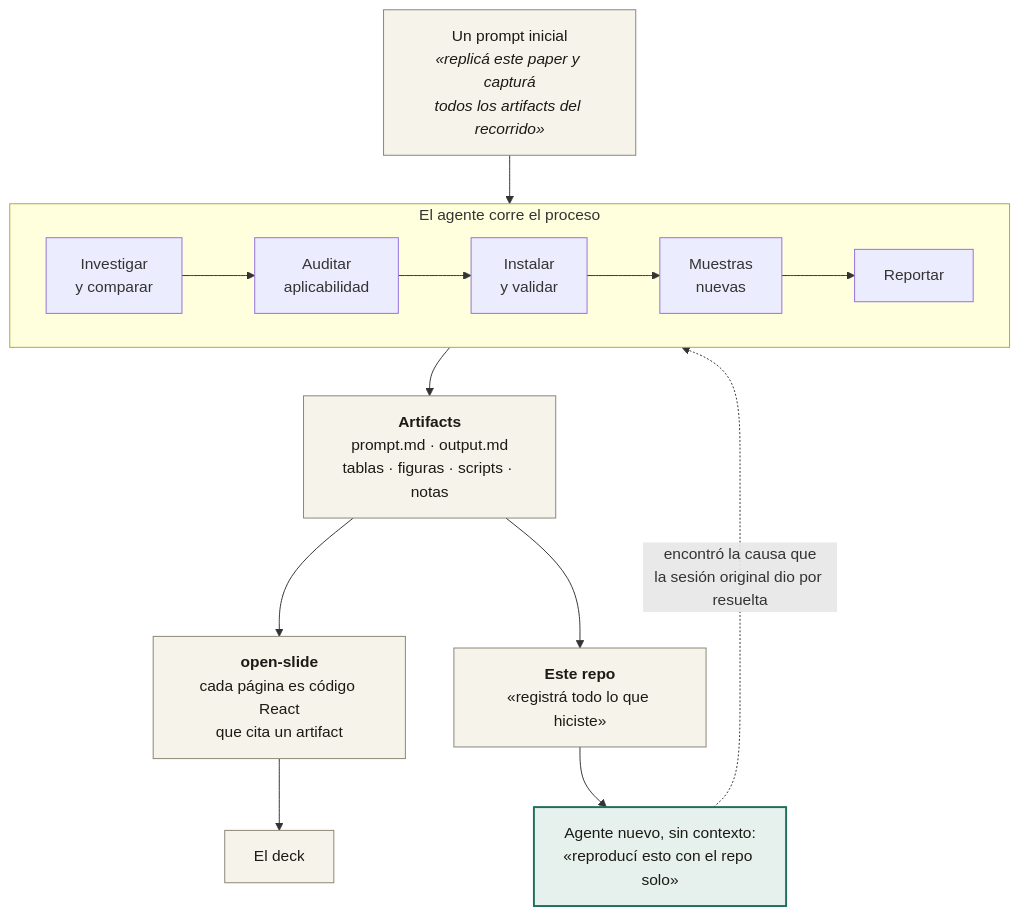
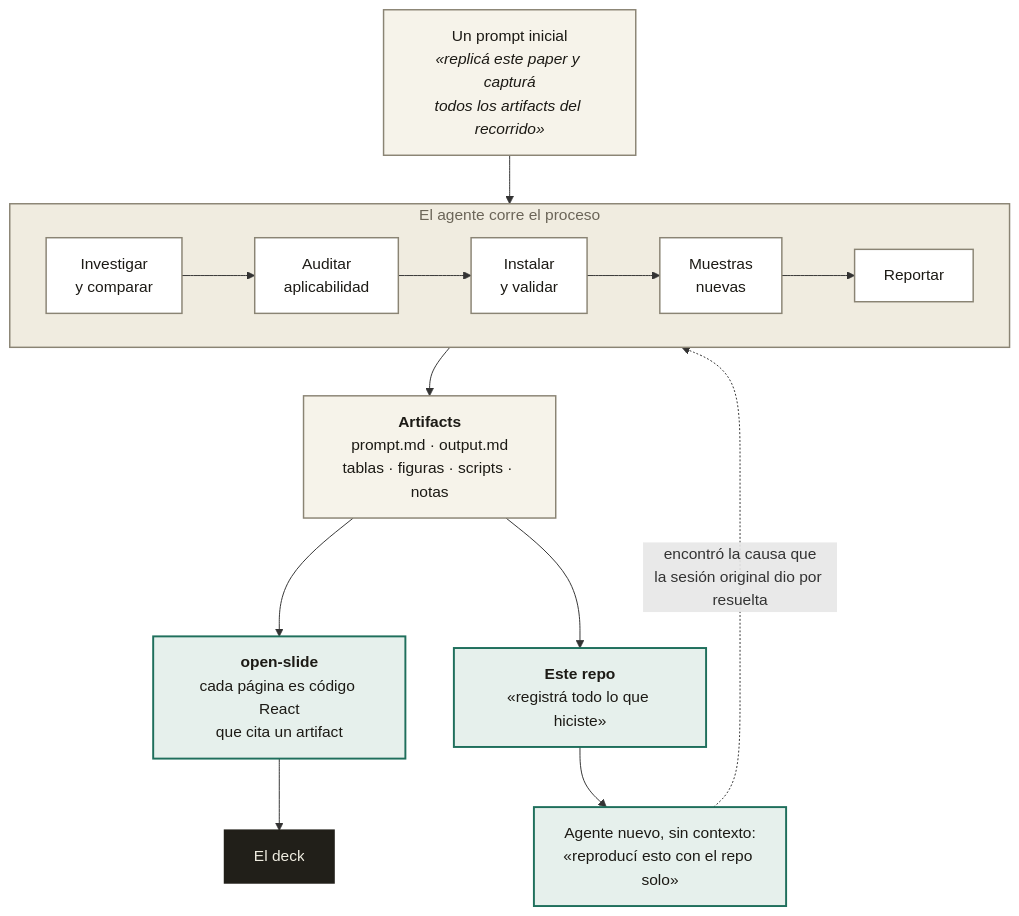
One commit to mauroibz/charla-ia-replicacion changed the diagram in README.md. Above: the diagram before and after it, drawn with Mermaid.

Commit message:
Alinea la paleta del diagrama con la del deck

````diff
--- a/README.md
+++ b/README.md
@@ -75,27 +75,34 @@
 ```mermaid
 flowchart TD
     P["Un prompt inicial<br/><i>«replicá este paper y capturá<br/>todos los artifacts del recorrido»</i>"]
 
     subgraph AG ["El agente corre el proceso"]
         direction LR
         A["Investigar<br/>y comparar"] --> B["Auditar<br/>aplicabilidad"] --> C["Instalar<br/>y validar"] --> D["Muestras<br/>nuevas"] --> E["Reportar"]
     end
 
     P --> AG
 
     AG --> AR["<b>Artifacts</b><br/>prompt.md · output.md<br/>tablas · figuras · scripts · notas"]
 
     AR --> OS["<b>open-slide</b><br/>cada página es código React<br/>que cita un artifact"]
     OS --> DK["El deck"]
 
     AR --> RP["<b>Este repo</b><br/>«registrá todo lo que hiciste»"]
 
     V["Agente nuevo, sin contexto:<br/>«reproducí esto con el repo solo»"]
     RP --> V
     V -.->|"encontró la causa que<br/>la sesión original dio por resuelta"| AG
 
+    classDef plain fill:#f6f3ea,stroke:#8a8474,stroke-width:1.5px,color:#1c1a15
+    classDef step fill:#ffffff,stroke:#8a8474,stroke-width:1.5px,color:#1c1a15
     classDef good fill:#e6f0ec,stroke:#1f6f5c,stroke-width:2px,color:#1c1a15
-    classDef plain fill:#f6f3ea,stroke:#8a8474,color:#1c1a15
-    class P,AR,OS,DK,RP plain
+    classDef deck fill:#211f19,stroke:#211f19,stroke-width:2px,color:#efece0
+
+    class P,AR plain
+    class A,B,C,D,E step
+    class OS,RP good
     class V good
+    class DK deck
+    style AG fill:#f0ece0,stroke:#8a8474,stroke-width:1.5px,color:#6b6558
 ```
````
